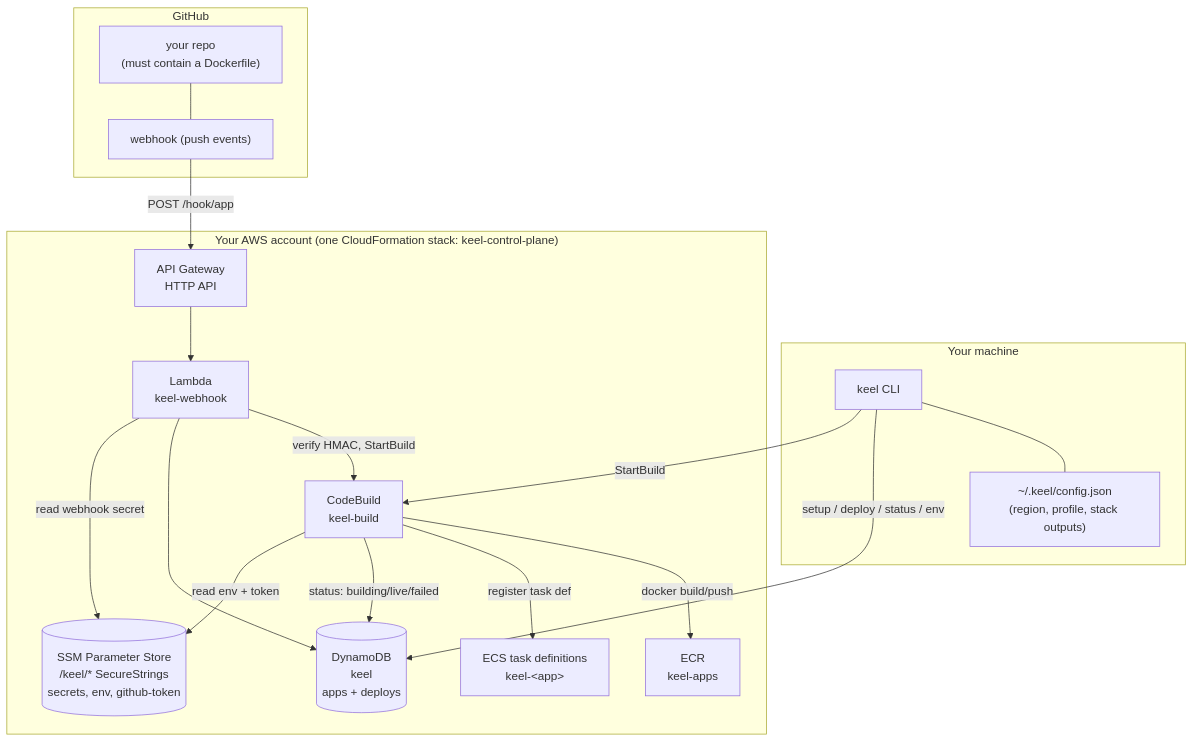
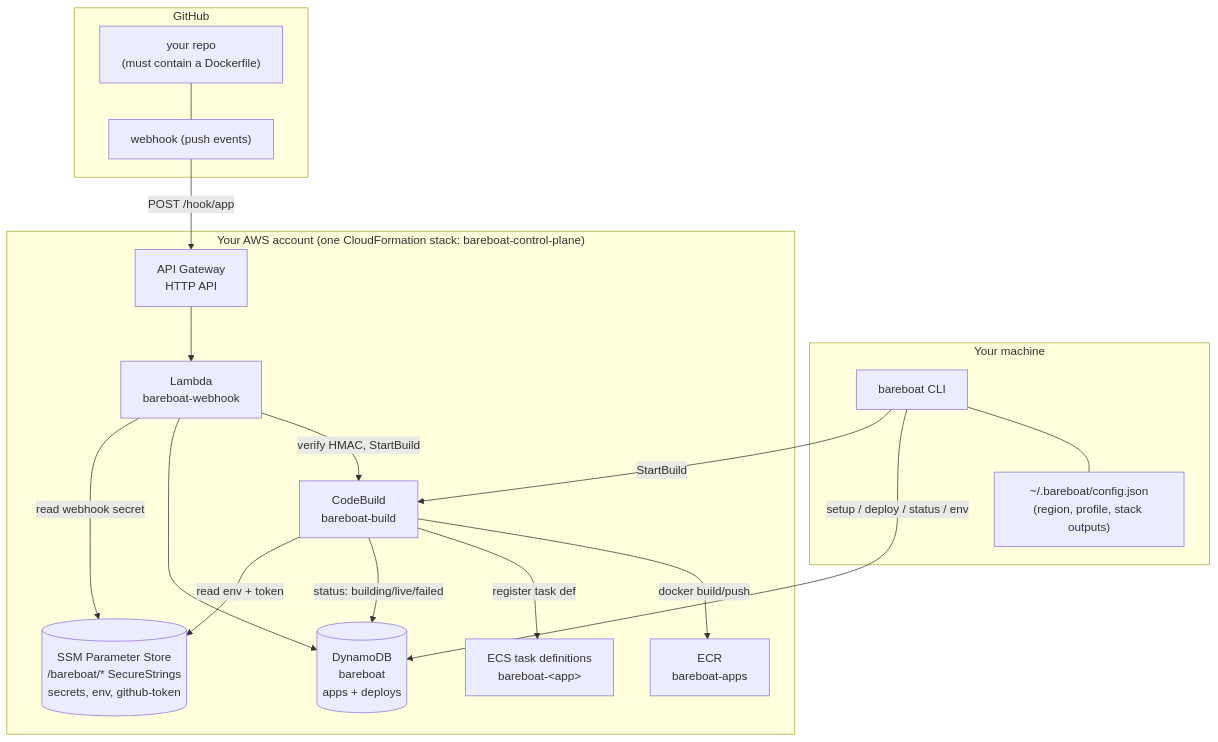
One commit to mayurmaed/keel changed the first of 3 diagrams in docs/GUIDE.md. Above: the diagram before and after it, drawn with Mermaid. The commit also changed other lines of this file and 59 other files, not shown here.

First line of the commit message:
rename: keel -> bareboat

````diff
--- a/docs/GUIDE.md
+++ b/docs/GUIDE.md
@@ -27,35 +27,35 @@
 ```mermaid
 flowchart TB
     subgraph Dev["Your machine"]
-        CLI["keel CLI"]
-        GC["~/.keel/config.json<br/>(region, profile, stack outputs)"]
+        CLI["bareboat CLI"]
+        GC["~/.bareboat/config.json<br/>(region, profile, stack outputs)"]
         CLI --- GC
     end
 
     subgraph GH["GitHub"]
         REPO["your repo<br/>(must contain a Dockerfile)"]
         HOOK["webhook (push events)"]
         REPO --- HOOK
     end
 
-    subgraph AWS["Your AWS account (one CloudFormation stack: keel-control-plane)"]
+    subgraph AWS["Your AWS account (one CloudFormation stack: bareboat-control-plane)"]
         API["API Gateway<br/>HTTP API"]
-        LAM["Lambda<br/>keel-webhook"]
-        CB["CodeBuild<br/>keel-build"]
-        ECR["ECR<br/>keel-apps"]
-        ECS["ECS task definitions<br/>keel-&lt;app&gt;"]
-        DDB[("DynamoDB<br/>keel<br/>apps + deploys")]
-        SSM[("SSM Parameter Store<br/>/keel/* SecureStrings<br/>secrets, env, github-token")]
+        LAM["Lambda<br/>bareboat-webhook"]
+        CB["CodeBuild<br/>bareboat-build"]
+        ECR["ECR<br/>bareboat-apps"]
+        ECS["ECS task definitions<br/>bareboat-&lt;app&gt;"]
+        DDB[("DynamoDB<br/>bareboat<br/>apps + deploys")]
+        SSM[("SSM Parameter Store<br/>/bareboat/* SecureStrings<br/>secrets, env, github-token")]
     end
 
     CLI -->|setup / deploy / status / env| DDB
     CLI -->|StartBuild| CB
     HOOK -->|POST /hook/app| API --> LAM
     LAM -->|verify HMAC, StartBuild| CB
     LAM --> DDB
     LAM -->|read webhook secret| SSM
     CB -->|docker build/push| ECR
     CB -->|register task def| ECS
     CB -->|status: building/live/failed| DDB
     CB -->|read env + token| SSM
 ```
````
